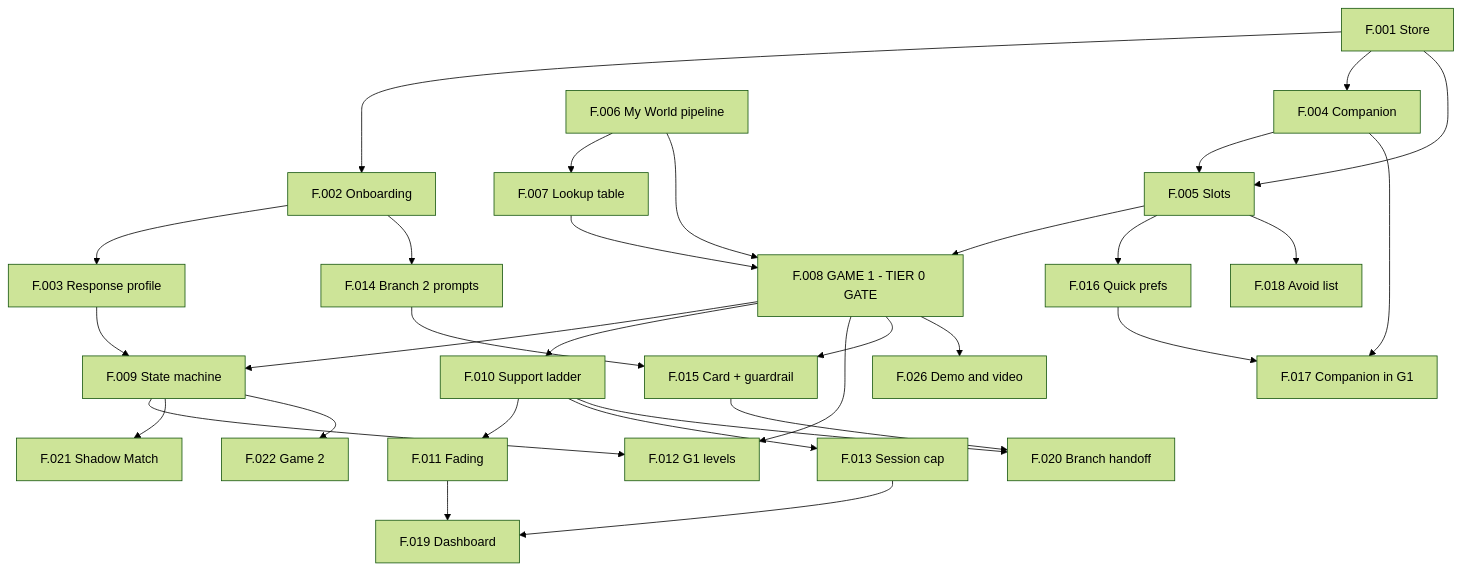
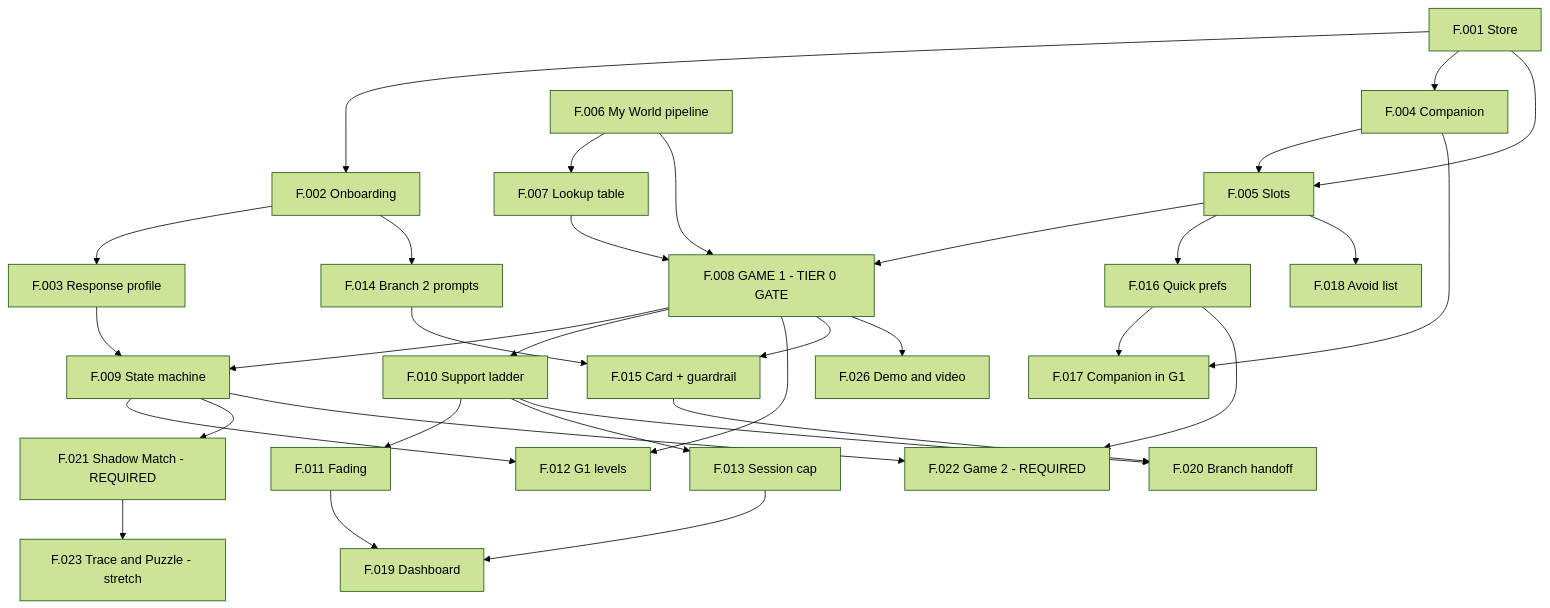
The diagram in plan/overview/F.000-INDEX.md (Faleom/-nlog-n), drawn with Mermaid (forest theme) before and after one commit. The commit also changed other lines of this file and 7 other files, not shown here.

````diff
--- a/plan/overview/F.000-INDEX.md
+++ b/plan/overview/F.000-INDEX.md
@@ -90,33 +116,35 @@
 ```mermaid
 graph TD
   F001[F.001 Store] --> F002[F.002 Onboarding]
   F002 --> F003[F.003 Response profile]
   F001 --> F004[F.004 Companion]
   F001 --> F005[F.005 Slots]
   F004 --> F005
   F006[F.006 My World pipeline] --> F007[F.007 Lookup table]
   F005 --> F008[F.008 GAME 1 - TIER 0 GATE]
   F006 --> F008
   F007 --> F008
   F003 --> F009[F.009 State machine]
   F008 --> F009
   F008 --> F010[F.010 Support ladder]
   F010 --> F011[F.011 Fading]
   F008 --> F012[F.012 G1 levels]
   F009 --> F012
   F010 --> F013[F.013 Session cap]
   F002 --> F014[F.014 Branch 2 prompts]
   F014 --> F015[F.015 Card + guardrail]
   F008 --> F015
   F005 --> F016[F.016 Quick prefs]
   F016 --> F017[F.017 Companion in G1]
   F004 --> F017
   F005 --> F018[F.018 Avoid list]
   F011 --> F019[F.019 Dashboard]
   F013 --> F019
   F015 --> F020[F.020 Branch handoff]
   F010 --> F020
-  F009 --> F021[F.021 Shadow Match]
-  F009 --> F022[F.022 Game 2]
+  F009 --> F021[F.021 Shadow Match - REQUIRED]
+  F016 --> F022
+  F009 --> F022[F.022 Game 2 - REQUIRED]
+  F021 --> F023[F.023 Trace and Puzzle - stretch]
   F008 --> F026[F.026 Demo and video]
 ```
````
